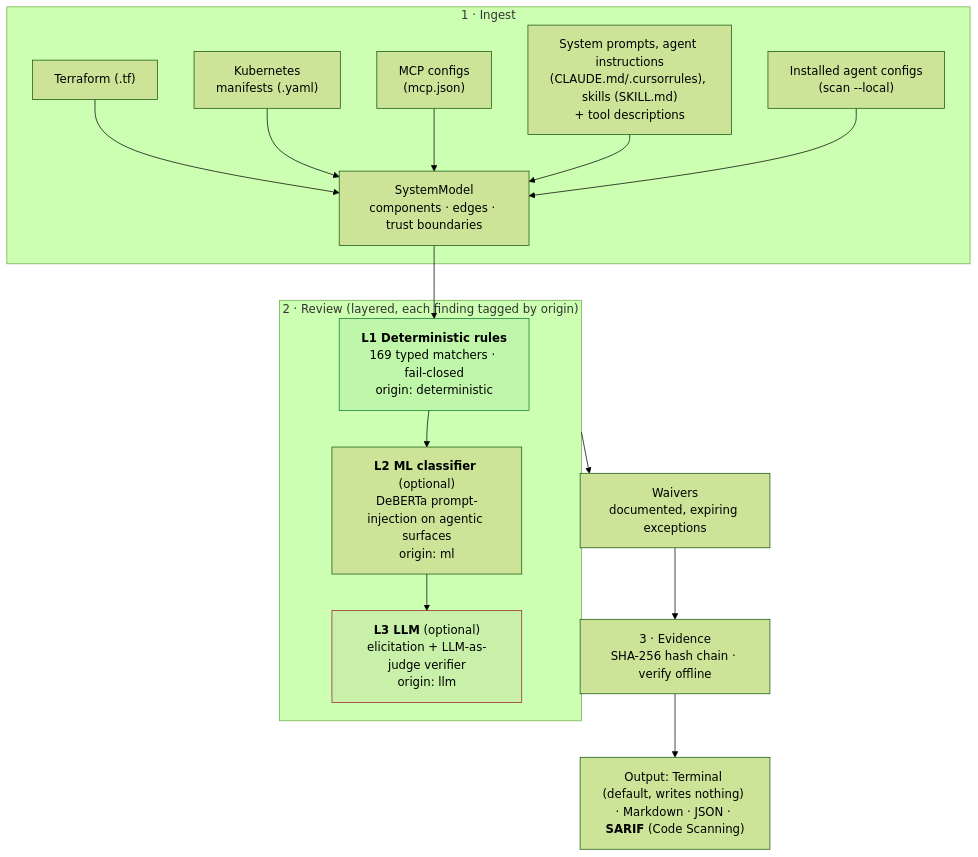
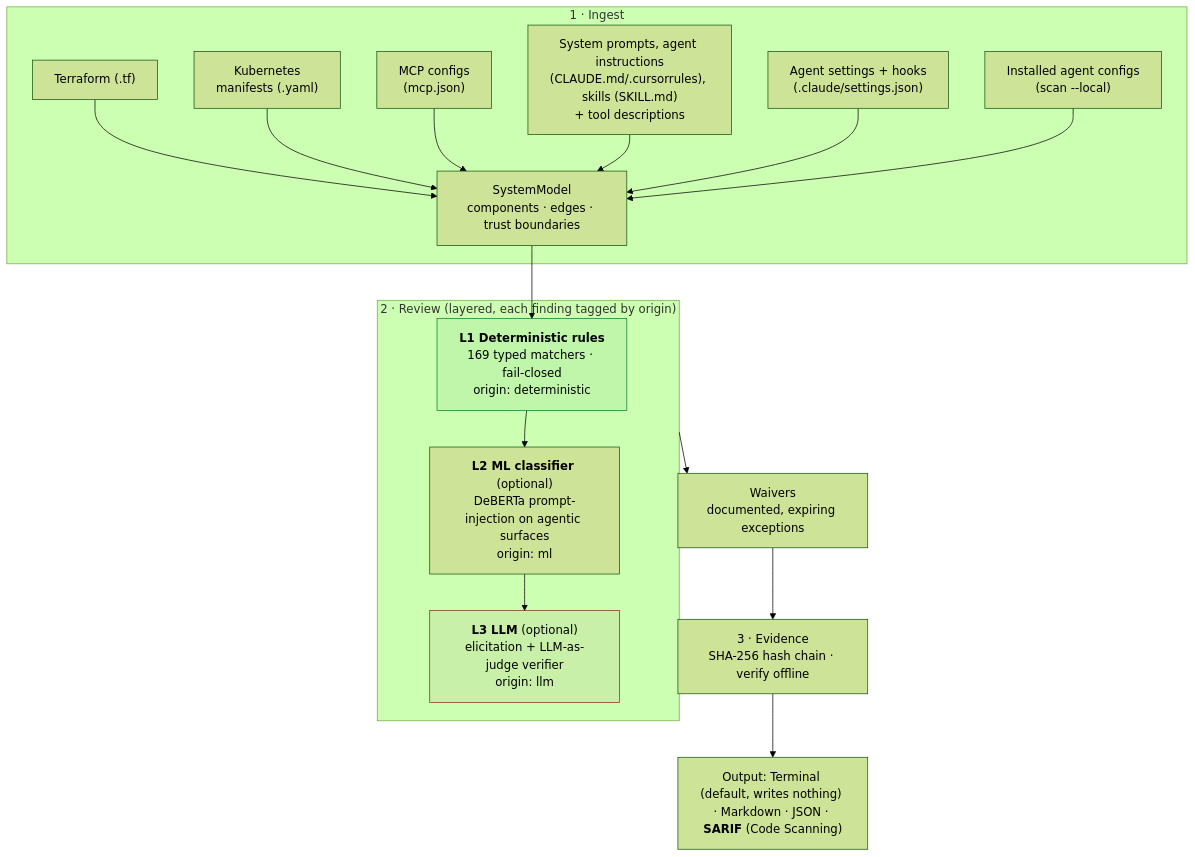
The first of 4 diagrams in README.md (zeyadalsakhii/attestral), drawn with Mermaid (forest theme) before and after one commit. The commit also changed other lines of this file and 14 other files, not shown here.

````diff
--- a/README.md
+++ b/README.md
@@ -93,23 +93,24 @@
 ```mermaid
 flowchart TB
     subgraph ING["1 · Ingest"]
         TF["Terraform (.tf)"] --> M
         K8S["Kubernetes<br/>manifests (.yaml)"] --> M
         MCP["MCP configs<br/>(mcp.json)"] --> M
         SP["System prompts, agent instructions<br/>(CLAUDE.md/.cursorrules), skills (SKILL.md)<br/>+ tool descriptions"] --> M
+        AC["Agent settings + hooks<br/>(.claude/settings.json)"] --> M
         LC["Installed agent configs<br/>(scan --local)"] --> M
         M["SystemModel<br/>components · edges · trust boundaries"]
     end
     M --> L1
     subgraph REV["2 · Review (layered, each finding tagged by origin)"]
         L1["<b>L1 Deterministic rules</b><br/>169 typed matchers · fail-closed<br/>origin: deterministic"]
         L2["<b>L2 ML classifier</b> (optional)<br/>DeBERTa prompt-injection on agentic surfaces<br/>origin: ml"]
         L3["<b>L3 LLM</b> (optional)<br/>elicitation + LLM-as-judge verifier<br/>origin: llm"]
         L1 --> L2 --> L3
     end
     REV --> W["Waivers<br/>documented, expiring exceptions"]
     W --> EV["3 · Evidence<br/>SHA-256 hash chain · verify offline"]
     EV --> OUT["Output: Terminal (default, writes nothing) · Markdown · JSON · <b>SARIF</b> (Code Scanning)"]
     style L1 fill:#0a7d3611,stroke:#0a7d36
     style L3 fill:#96222E11,stroke:#96222E
 ```
````
